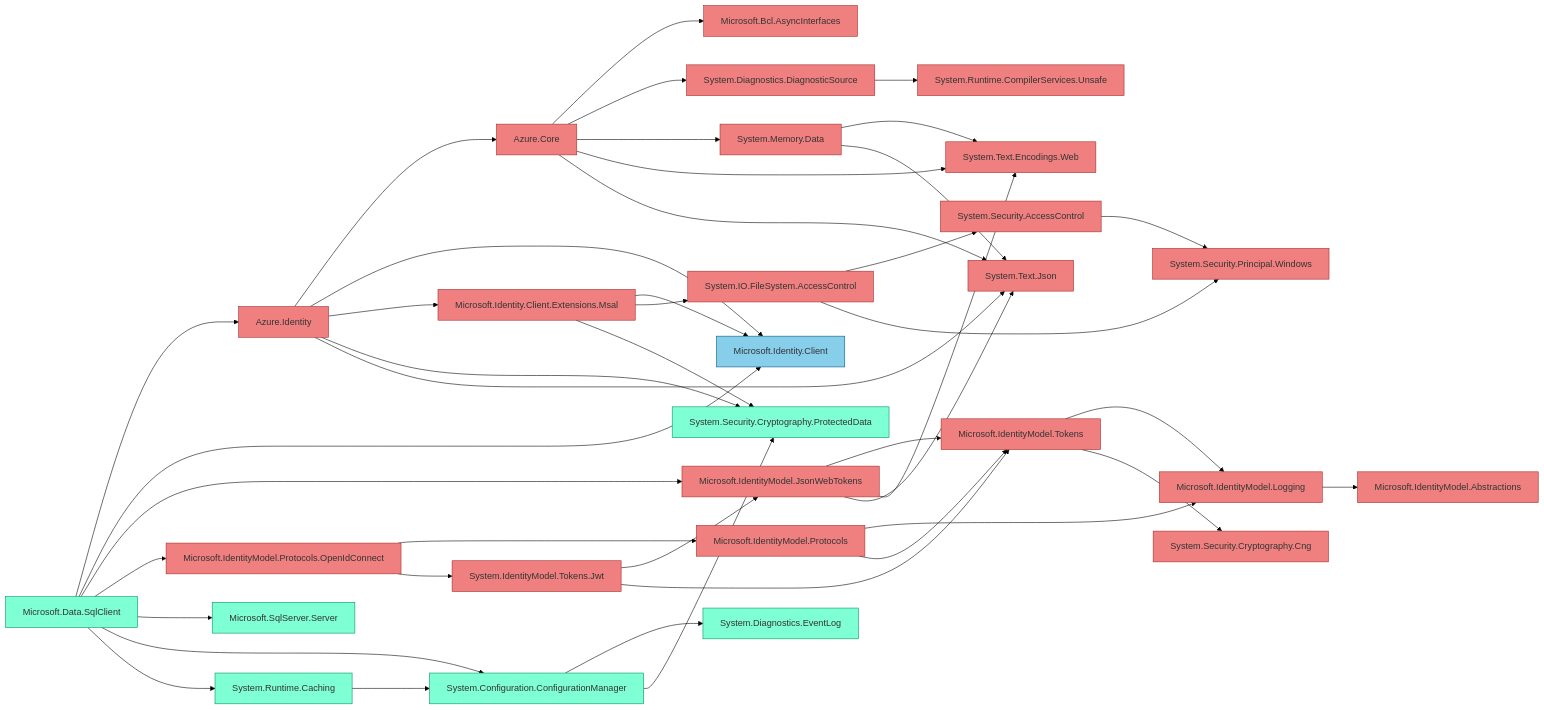
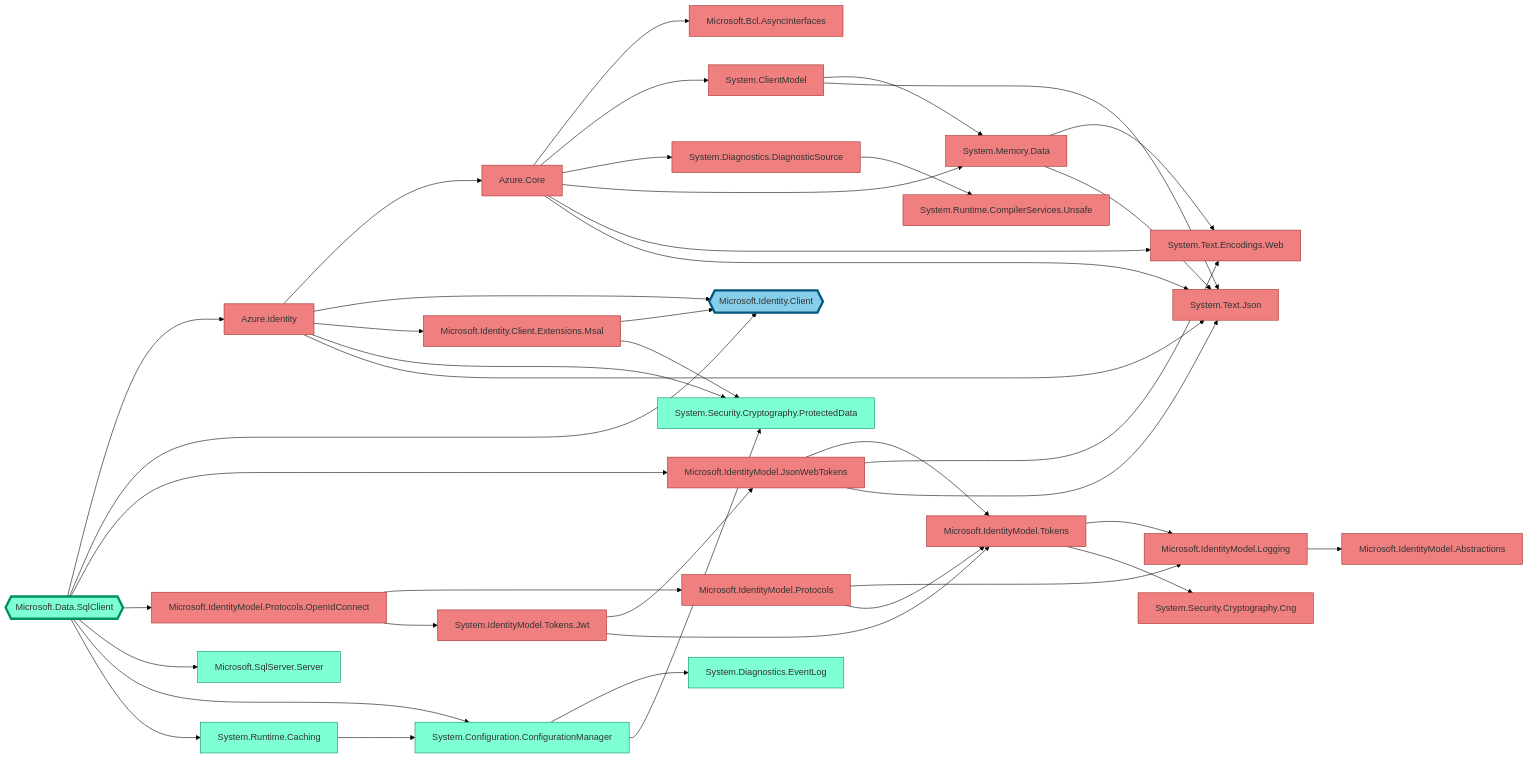
The third of 6 diagrams in README.md (0xced/Chisel), drawn with Mermaid (forest theme) before and after one commit. The commit also changed other lines of this file, not shown here.

Commit message:
Update the README with hexagon shapes for graph roots

````diff
--- a/README.md
+++ b/README.md
@@ -154,77 +156,78 @@
 ```mermaid
 graph LR
 
+classDef root stroke-width:4px
 classDef default fill:aquamarine,stroke:#009061,color:#333333
 classDef project fill:skyblue,stroke:#05587C
 classDef removed fill:lightcoral,stroke:#A42A2A
 
 Azure.Core --> Microsoft.Bcl.AsyncInterfaces
+Azure.Core --> System.ClientModel
 Azure.Core --> System.Diagnostics.DiagnosticSource
 Azure.Core --> System.Memory.Data
 Azure.Core --> System.Text.Encodings.Web
 Azure.Core --> System.Text.Json
 Azure.Identity --> Azure.Core
 Azure.Identity --> Microsoft.Identity.Client
 Azure.Identity --> Microsoft.Identity.Client.Extensions.Msal
 Azure.Identity --> System.Security.Cryptography.ProtectedData
 Azure.Identity --> System.Text.Json
-Microsoft.Data.SqlClient --> Azure.Identity
-Microsoft.Data.SqlClient --> Microsoft.Identity.Client
-Microsoft.Data.SqlClient --> Microsoft.IdentityModel.JsonWebTokens
-Microsoft.Data.SqlClient --> Microsoft.IdentityModel.Protocols.OpenIdConnect
-Microsoft.Data.SqlClient --> Microsoft.SqlServer.Server
-Microsoft.Data.SqlClient --> System.Configuration.ConfigurationManager
-Microsoft.Data.SqlClient --> System.Runtime.Caching
+Microsoft.Data.SqlClient{{Microsoft.Data.SqlClient}} --> Azure.Identity
+Microsoft.Data.SqlClient{{Microsoft.Data.SqlClient}} --> Microsoft.Identity.Client
+Microsoft.Data.SqlClient{{Microsoft.Data.SqlClient}} --> Microsoft.IdentityModel.JsonWebTokens
+Microsoft.Data.SqlClient{{Microsoft.Data.SqlClient}} --> Microsoft.IdentityModel.Protocols.OpenIdConnect
+Microsoft.Data.SqlClient{{Microsoft.Data.SqlClient}} --> Microsoft.SqlServer.Server
+Microsoft.Data.SqlClient{{Microsoft.Data.SqlClient}} --> System.Configuration.ConfigurationManager
+Microsoft.Data.SqlClient{{Microsoft.Data.SqlClient}} --> System.Runtime.Caching
+Microsoft.Identity.Client{{Microsoft.Identity.Client}}
 Microsoft.Identity.Client.Extensions.Msal --> Microsoft.Identity.Client
-Microsoft.Identity.Client.Extensions.Msal --> System.IO.FileSystem.AccessControl
 Microsoft.Identity.Client.Extensions.Msal --> System.Security.Cryptography.ProtectedData
 Microsoft.IdentityModel.JsonWebTokens --> Microsoft.IdentityModel.Tokens
 Microsoft.IdentityModel.JsonWebTokens --> System.Text.Encodings.Web
 Microsoft.IdentityModel.JsonWebTokens --> System.Text.Json
 Microsoft.IdentityModel.Logging --> Microsoft.IdentityModel.Abstractions
 Microsoft.IdentityModel.Protocols --> Microsoft.IdentityModel.Logging
 Microsoft.IdentityModel.Protocols --> Microsoft.IdentityModel.Tokens
 Microsoft.IdentityModel.Protocols.OpenIdConnect --> Microsoft.IdentityModel.Protocols
 Microsoft.IdentityModel.Protocols.OpenIdConnect --> System.IdentityModel.Tokens.Jwt
 Microsoft.IdentityModel.Tokens --> Microsoft.IdentityModel.Logging
 Microsoft.IdentityModel.Tokens --> System.Security.Cryptography.Cng
+System.ClientModel --> System.Memory.Data
+System.ClientModel --> System.Text.Json
 System.Configuration.ConfigurationManager --> System.Diagnostics.EventLog
 System.Configuration.ConfigurationManager --> System.Security.Cryptography.ProtectedData
 System.Diagnostics.DiagnosticSource --> System.Runtime.CompilerServices.Unsafe
 System.IdentityModel.Tokens.Jwt --> Microsoft.IdentityModel.JsonWebTokens
 System.IdentityModel.Tokens.Jwt --> Microsoft.IdentityModel.Tokens
-System.IO.FileSystem.AccessControl --> System.Security.AccessControl
-System.IO.FileSystem.AccessControl --> System.Security.Principal.Windows
 System.Memory.Data --> System.Text.Encodings.Web
 System.Memory.Data --> System.Text.Json
 System.Runtime.Caching --> System.Configuration.ConfigurationManager
-System.Security.AccessControl --> System.Security.Principal.Windows
 
 class Azure.Core removed
 class Azure.Identity removed
 class Microsoft.Bcl.AsyncInterfaces removed
+class Microsoft.Data.SqlClient root
 class Microsoft.Data.SqlClient default
+class Microsoft.Identity.Client root
 class Microsoft.Identity.Client project
 class Microsoft.Identity.Client.Extensions.Msal removed
 class Microsoft.IdentityModel.Abstractions removed
 class Microsoft.IdentityModel.JsonWebTokens removed
 class Microsoft.IdentityModel.Logging removed
 class Microsoft.IdentityModel.Protocols removed
 class Microsoft.IdentityModel.Protocols.OpenIdConnect removed
 class Microsoft.IdentityModel.Tokens removed
 class Microsoft.SqlServer.Server default
+class System.ClientModel removed
 class System.Configuration.ConfigurationManager default
 class System.Diagnostics.DiagnosticSource removed
 class System.Diagnostics.EventLog default
 class System.IdentityModel.Tokens.Jwt removed
-class System.IO.FileSystem.AccessControl removed
 class System.Memory.Data removed
 class System.Runtime.Caching default
 class System.Runtime.CompilerServices.Unsafe removed
-class System.Security.AccessControl removed
 class System.Security.Cryptography.Cng removed
 class System.Security.Cryptography.ProtectedData default
-class System.Security.Principal.Windows removed
 class System.Text.Encodings.Web removed
 class System.Text.Json removed
 ```
````
